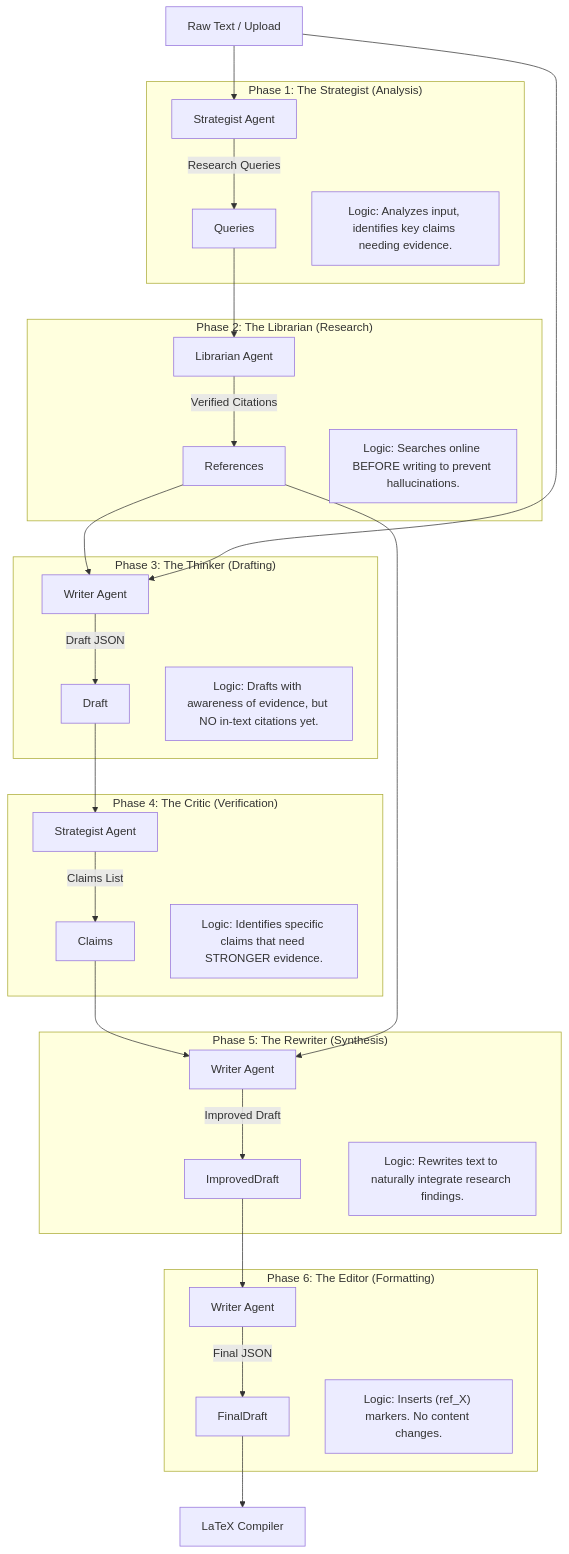
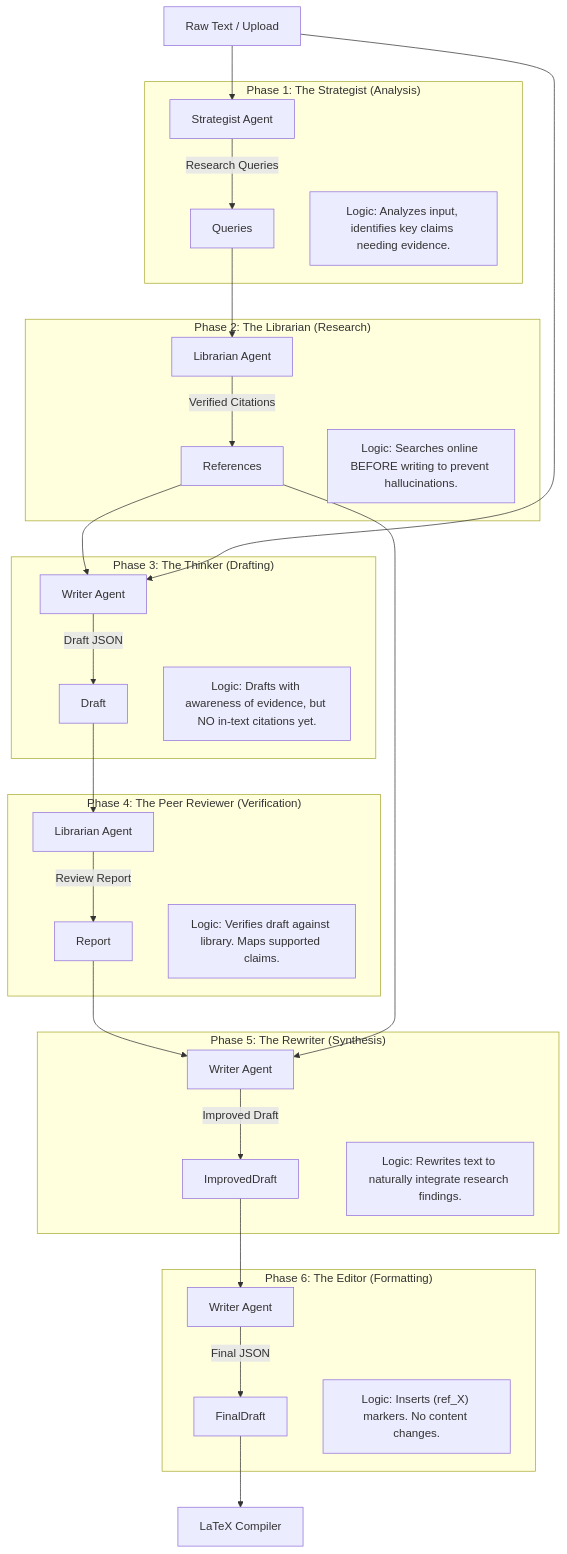
One commit to keithligh/Auto-Academic-Paper-RC1 changed the diagram in CONTENT_GENERATION_PIPELINE.md. Above: the diagram before and after it, drawn with Mermaid. The commit also changed other lines of this file and 16 other files, not shown here.

Commit message:
refactor(ai): upgrade Phase 4 to 'Peer Reviewer' (Nature/Science caliber) and refactor citations (v1.5.12)

````diff
--- a/CONTENT_GENERATION_PIPELINE.md
+++ b/CONTENT_GENERATION_PIPELINE.md
@@ -11,48 +11,48 @@
 ```mermaid
 graph TD
     Input["Raw Text / Upload"] --> Phase1
     
     subgraph "Phase 1: The Strategist (Analysis)"
         Phase1["Strategist Agent"] -->|Research Queries| Queries
         Note1["Logic: Analyzes input, identifies key claims needing evidence."]
     end
     
     Queries --> Phase2
     
     subgraph "Phase 2: The Librarian (Research)"
         Phase2["Librarian Agent"] -->|Verified Citations| References
         Note2["Logic: Searches online BEFORE writing to prevent hallucinations."]
     end
     
     References --> Phase3
     Input --> Phase3
     
     subgraph "Phase 3: The Thinker (Drafting)"
         Phase3["Writer Agent"] -->|Draft JSON| Draft
         Note3["Logic: Drafts with awareness of evidence, but NO in-text citations yet."]
     end
     
     Draft --> Phase4
     
-    subgraph "Phase 4: The Critic (Verification)"
-        Phase4["Strategist Agent"] -->|Claims List| Claims
-        Note4["Logic: Identifies specific claims that need STRONGER evidence."]
+    subgraph "Phase 4: The Peer Reviewer (Verification)"
+        Phase4["Librarian Agent"] -->|Review Report| Report
+        Note4["Logic: Verifies draft against library. Maps supported claims."]
     end
     
-    Claims --> Phase5
+    Report --> Phase5
     References --> Phase5
     
     subgraph "Phase 5: The Rewriter (Synthesis)"
         Phase5["Writer Agent"] -->|Improved Draft| ImprovedDraft
         Note5["Logic: Rewrites text to naturally integrate research findings."]
     end
     
     ImprovedDraft --> Phase6
     
     subgraph "Phase 6: The Editor (Formatting)"
         Phase6["Writer Agent"] -->|Final JSON| FinalDraft
         Note6["Logic: Inserts (ref_X) markers. No content changes."]
     end
     
     FinalDraft --> Output["LaTeX Compiler"]
 ```
````
